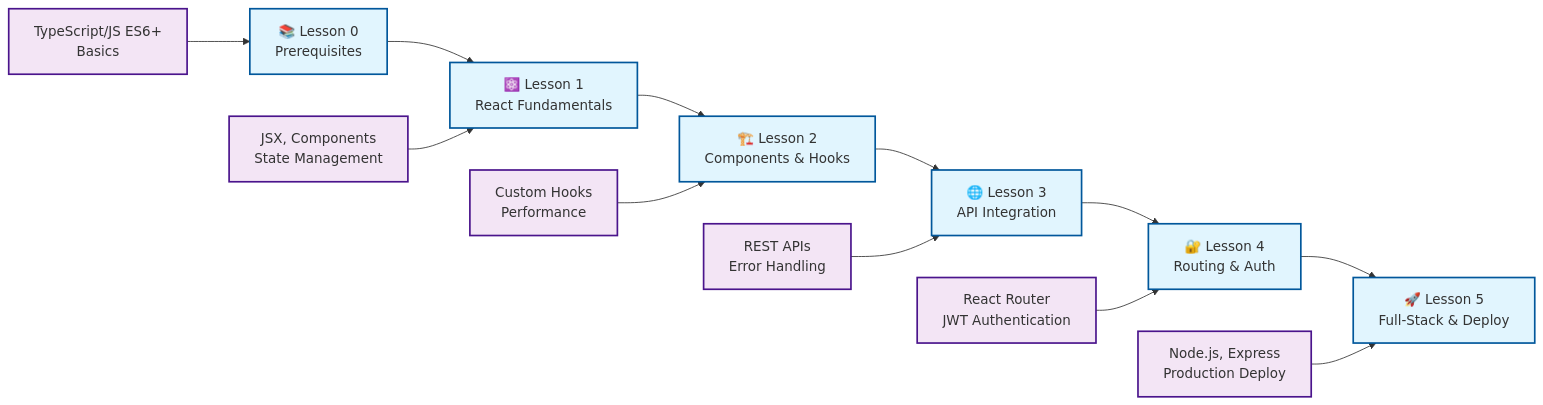
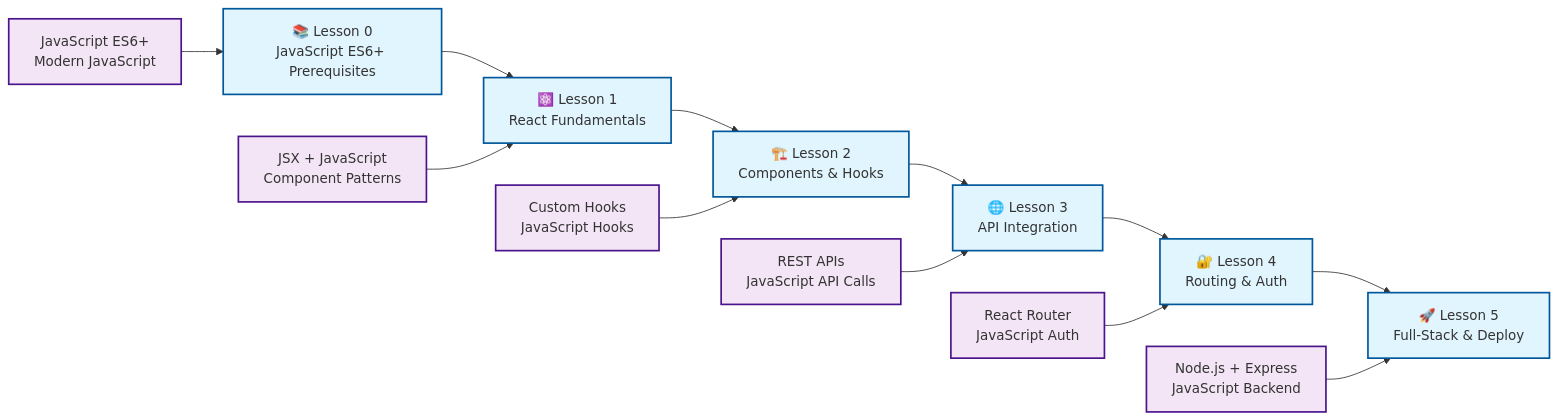
The fourth of 6 diagrams in react-javascript/diagrams/course_structure_diagram.md (longndt/react-course), drawn with Mermaid before and after one commit. The commit also changed other lines of this file and 32 other files, not shown here.

````diff
--- a/react-javascript/diagrams/course_structure_diagram.md
+++ b/react-javascript/diagrams/course_structure_diagram.md
@@ -123,22 +114,22 @@
 ```mermaid
 graph LR
-    A[📚 Lesson 0<br/>Prerequisites] --> B[⚛️ Lesson 1<br/>React Fundamentals]
+    A[📚 Lesson 0<br/>JavaScript ES6+ Prerequisites] --> B[⚛️ Lesson 1<br/>React Fundamentals]
     B --> C[🏗️ Lesson 2<br/>Components & Hooks]
     C --> D[🌐 Lesson 3<br/>API Integration]
     D --> E[🔐 Lesson 4<br/>Routing & Auth]
     E --> F[🚀 Lesson 5<br/>Full-Stack & Deploy]
 
-    A1[TypeScript/JS ES6+<br/>Basics] --> A
-    B1[JSX, Components<br/>State Management] --> B
-    C1[Custom Hooks<br/>Performance] --> C
-    D1[REST APIs<br/>Error Handling] --> D
-    E1[React Router<br/>JWT Authentication] --> E
-    F1[Node.js, Express<br/>Production Deploy] --> F
+    A1[JavaScript ES6+<br/>Modern JavaScript] --> A
+    B1[JSX + JavaScript<br/>Component Patterns] --> B
+    C1[Custom Hooks<br/>JavaScript Hooks] --> C
+    D1[REST APIs<br/>JavaScript API Calls] --> D
+    E1[React Router<br/>JavaScript Auth] --> E
+    F1[Node.js + Express<br/>JavaScript Backend] --> F
 
     %% Styling
     classDef lesson fill:#e1f5fe,stroke:#01579b,stroke-width:2px
     classDef skills fill:#f3e5f5,stroke:#4a148c,stroke-width:2px
 
     class A,B,C,D,E,F lesson
     class A1,B1,C1,D1,E1,F1 skills
 ```
````
